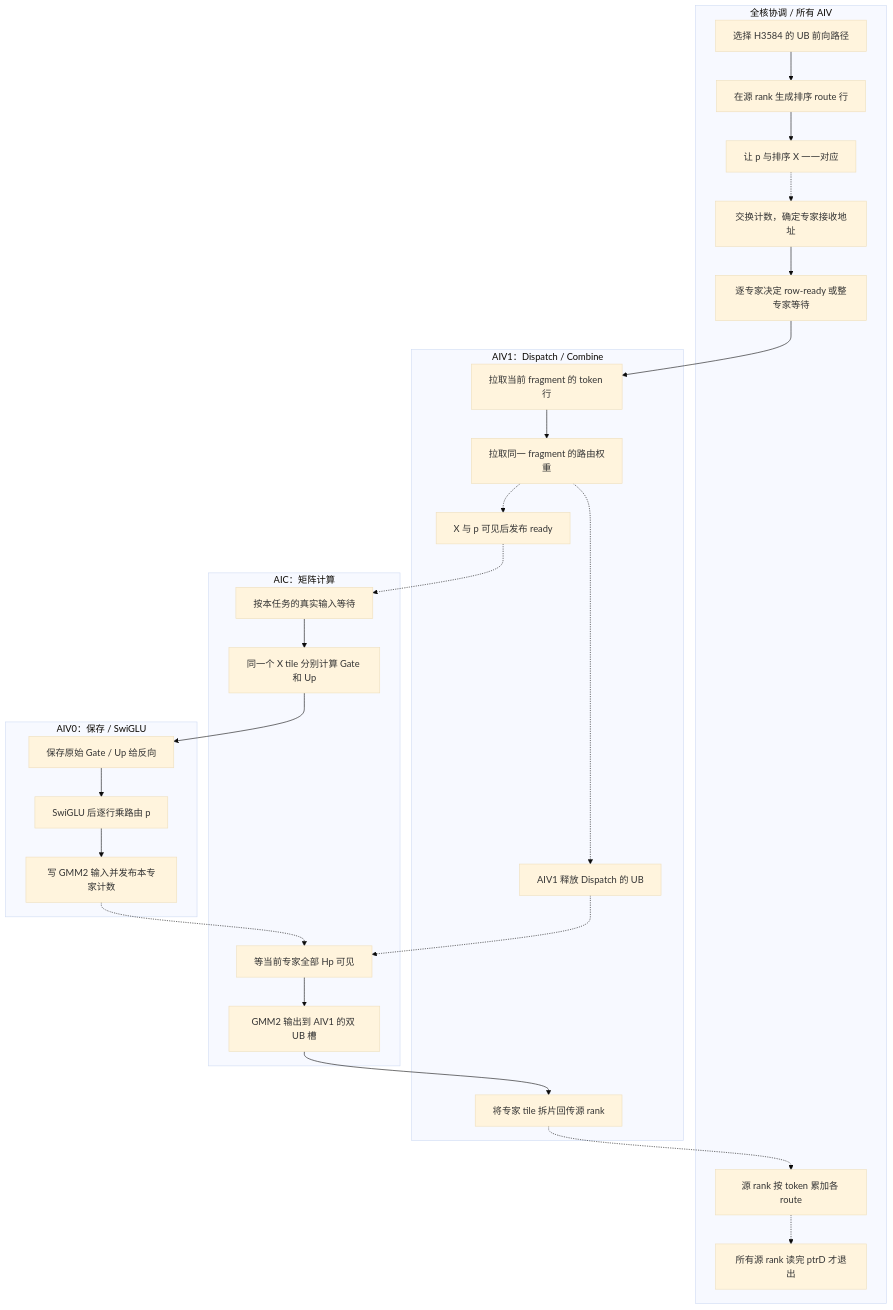
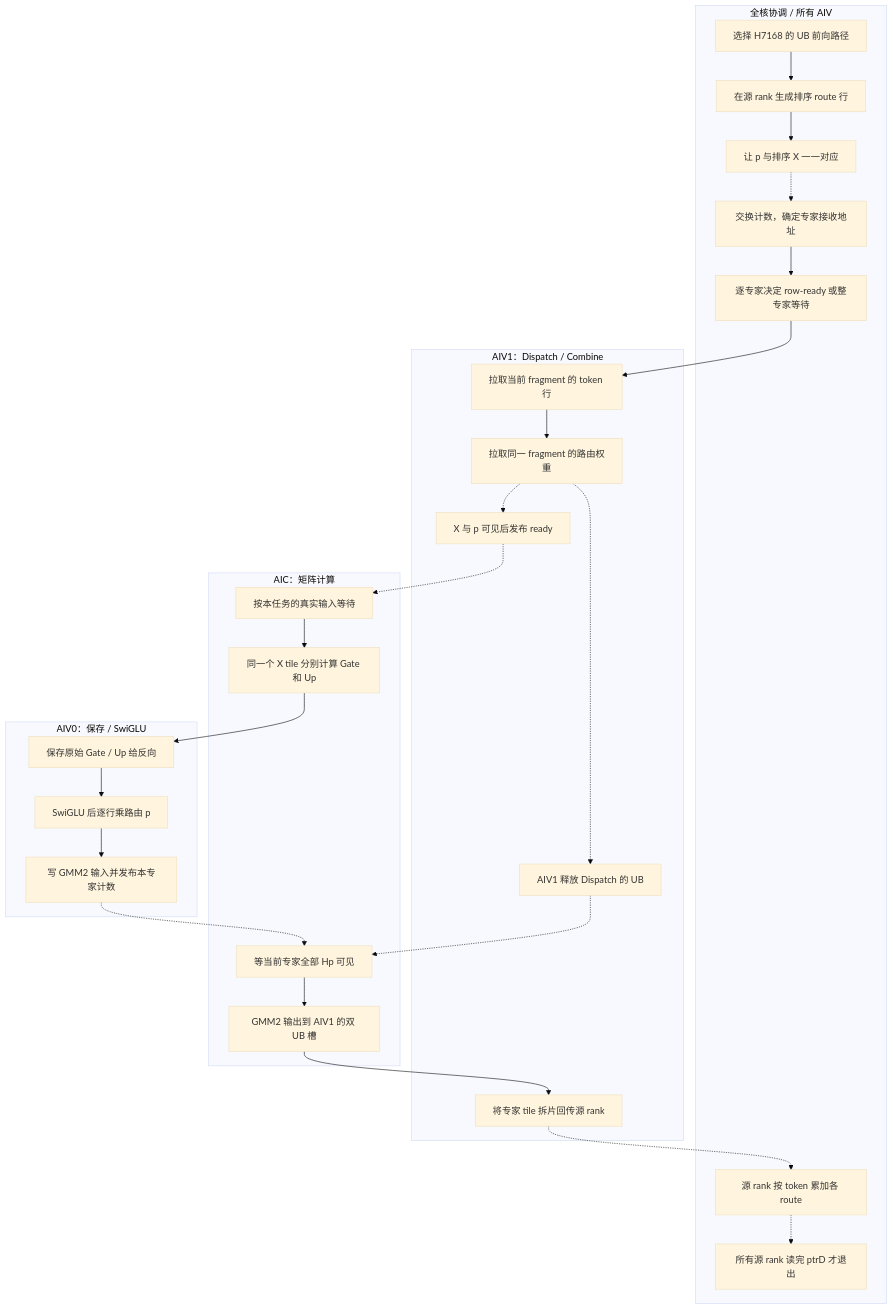
Before and after one commit to Gff0323/DeepEP_xx: the diagram in experiments/megamoe_train/docs/visual/diagrams/05-forward-kernel.mmd, drawn with Mermaid (base theme). The commit also changed 13 other files, not shown here.

```diff
--- a/experiments/megamoe_train/docs/visual/diagrams/05-forward-kernel.mmd
+++ b/experiments/megamoe_train/docs/visual/diagrams/05-forward-kernel.mmd
@@ -1,47 +1,47 @@
 flowchart TB
   subgraph lane_f_all["全核协调 / 所有 AIV"]
-    f_select["选择 H3584 的 UB 前向路径"]
+    f_select["选择 H7168 的 UB 前向路径"]
     f_routes["在源 rank 生成排序 route 行"]
     f_route_p["让 p 与排序 X 一一对应"]
     f_counts["交换计数，确定专家接收地址"]
     f_ready_policy["逐专家决定 row-ready 或整专家等待"]
     f_unpermute["源 rank 按 token 累加各 route"]
     f_exit["所有源 rank 读完 ptrD 才退出"]
   end
   subgraph lane_f_aiv1["AIV1：Dispatch / Combine"]
     f_dispatch_x["拉取当前 fragment 的 token 行"]
     f_dispatch_p["拉取同一 fragment 的路由权重"]
     f_publish_ready["X 与 p 可见后发布 ready"]
     f_release_dispatch_ub["AIV1 释放 Dispatch 的 UB"]
     f_combine["将专家 tile 拆片回传源 rank"]
   end
   subgraph lane_f_aic["AIC：矩阵计算"]
     f_wait_xp["按本任务的真实输入等待"]
     f_gate_up["同一个 X tile 分别计算 Gate 和 Up"]
     f_gmm2_wait["等当前专家全部 Hp 可见"]
     f_gmm2["GMM2 输出到 AIV1 的双 UB 槽"]
   end
   subgraph lane_f_aiv0["AIV0：保存 / SwiGLU"]
     f_save_raw["保存原始 Gate / Up 给反向"]
     f_swiglu_p["SwiGLU 后逐行乘路由 p"]
     f_publish_hp["写 GMM2 输入并发布本专家计数"]
   end
   f_select --> f_routes
   f_routes --> f_route_p
   f_route_p -.-> f_counts
   f_counts --> f_ready_policy
   f_ready_policy --> f_dispatch_x
   f_dispatch_x --> f_dispatch_p
   f_dispatch_p -.-> f_publish_ready
   f_publish_ready -.-> f_wait_xp
   f_wait_xp --> f_gate_up
   f_gate_up --> f_save_raw
   f_save_raw --> f_swiglu_p
   f_swiglu_p --> f_publish_hp
   f_dispatch_p -.-> f_release_dispatch_ub
   f_release_dispatch_ub -.-> f_gmm2_wait
   f_publish_hp -.-> f_gmm2_wait
   f_gmm2_wait --> f_gmm2
   f_gmm2 --> f_combine
   f_combine -.-> f_unpermute
   f_unpermute -.-> f_exit
```
